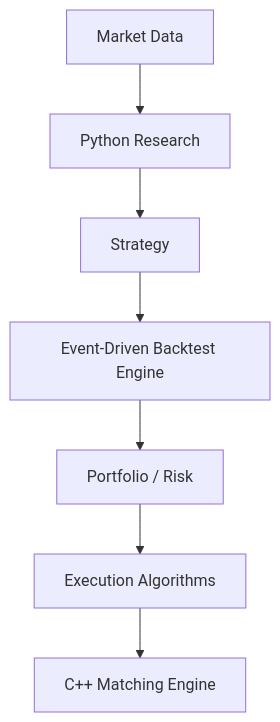
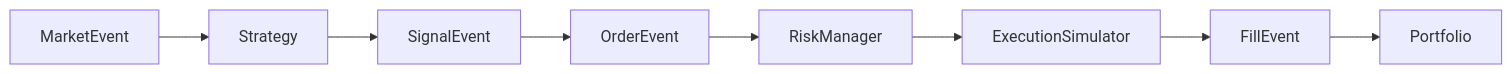
Before and after one commit to 001AM/quant-execution-lab: the second of 2 diagrams in README.md, drawn with Mermaid. The commit also changed other lines of this file and 7 other files, not shown here.

Commit message:
Build production market data dashboard

````diff
--- a/README.md
+++ b/README.md
@@ -15,9 +85,10 @@
 ```mermaid
-flowchart TD
-    A[Market Data] --> B[Python Research]
-    B --> C[Strategy]
-    C --> D[Event-Driven Backtest Engine]
-    D --> E[Portfolio / Risk]
-    E --> F[Execution Algorithms]
-    F --> G[C++ Matching Engine]
+flowchart LR
+    M[MarketEvent] --> S[Strategy]
+    S --> SG[SignalEvent]
+    SG --> O[OrderEvent]
+    O --> R[RiskManager]
+    R --> X[ExecutionSimulator]
+    X --> F[FillEvent]
+    F --> P[Portfolio]
 ```
````
